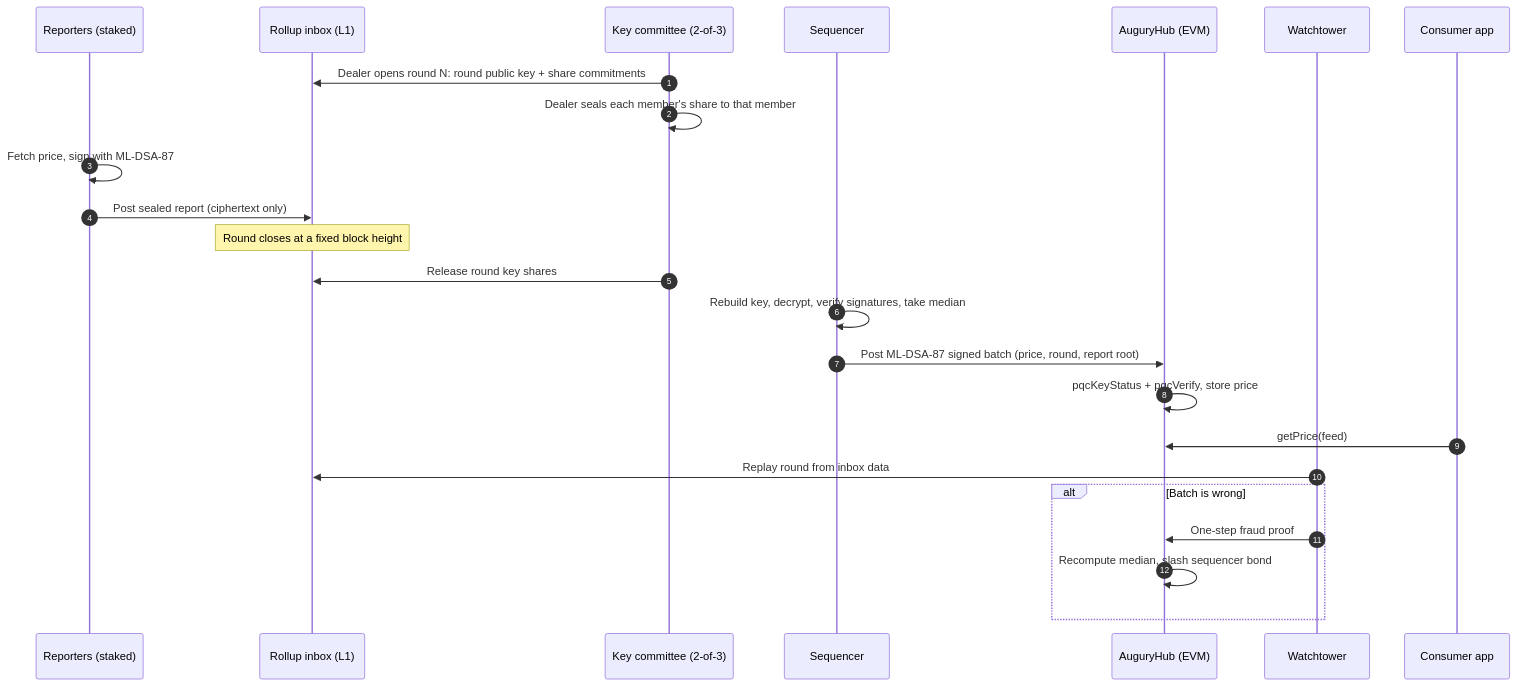
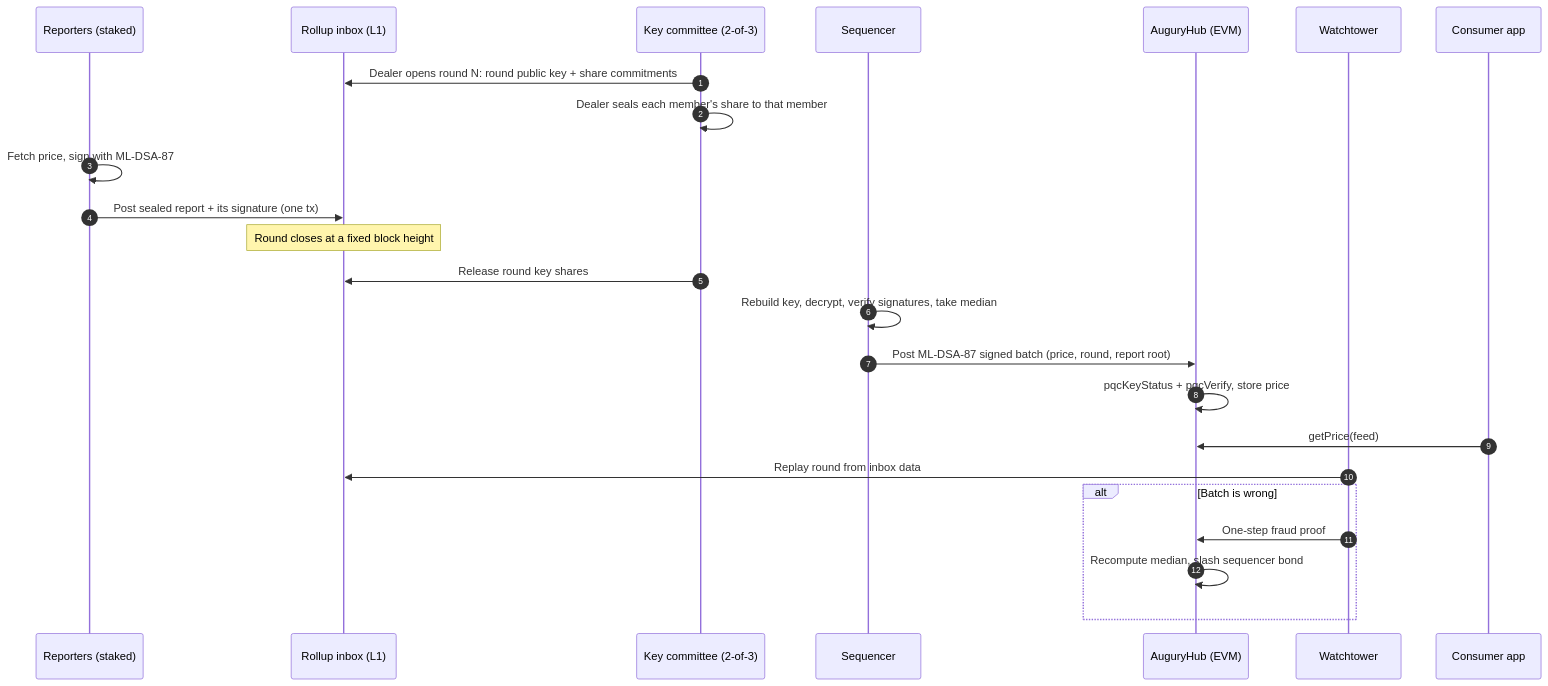
Before and after one commit to rocketpowerkille/Augury: the first of 2 diagrams in README.md, drawn with Mermaid. The commit also changed other lines of this file, not shown here.

Commit message:
docs: describe reports as a sealed message plus a salted signature

````diff
--- a/README.md
+++ b/README.md
@@ -55,27 +55,27 @@
 ```mermaid
 sequenceDiagram
     autonumber
     participant R as Reporters (staked)
     participant I as Rollup inbox (L1)
     participant C as Key committee (2-of-3)
     participant S as Sequencer
     participant H as AuguryHub (EVM)
     participant W as Watchtower
     participant A as Consumer app
 
     C->>I: Dealer opens round N: round public key + share commitments
     C->>C: Dealer seals each member's share to that member
     R->>R: Fetch price, sign with ML-DSA-87
-    R->>I: Post sealed report (ciphertext only)
+    R->>I: Post sealed report + its signature (one tx)
     Note over I: Round closes at a fixed block height
     C->>I: Release round key shares
     S->>S: Rebuild key, decrypt, verify signatures, take median
     S->>H: Post ML-DSA-87 signed batch (price, round, report root)
     H->>H: pqcKeyStatus + pqcVerify, store price
     A->>H: getPrice(feed)
     W->>I: Replay round from inbox data
     alt Batch is wrong
         W->>H: One-step fraud proof
         H->>H: Recompute median, slash sequencer bond
     end
 ```
````
